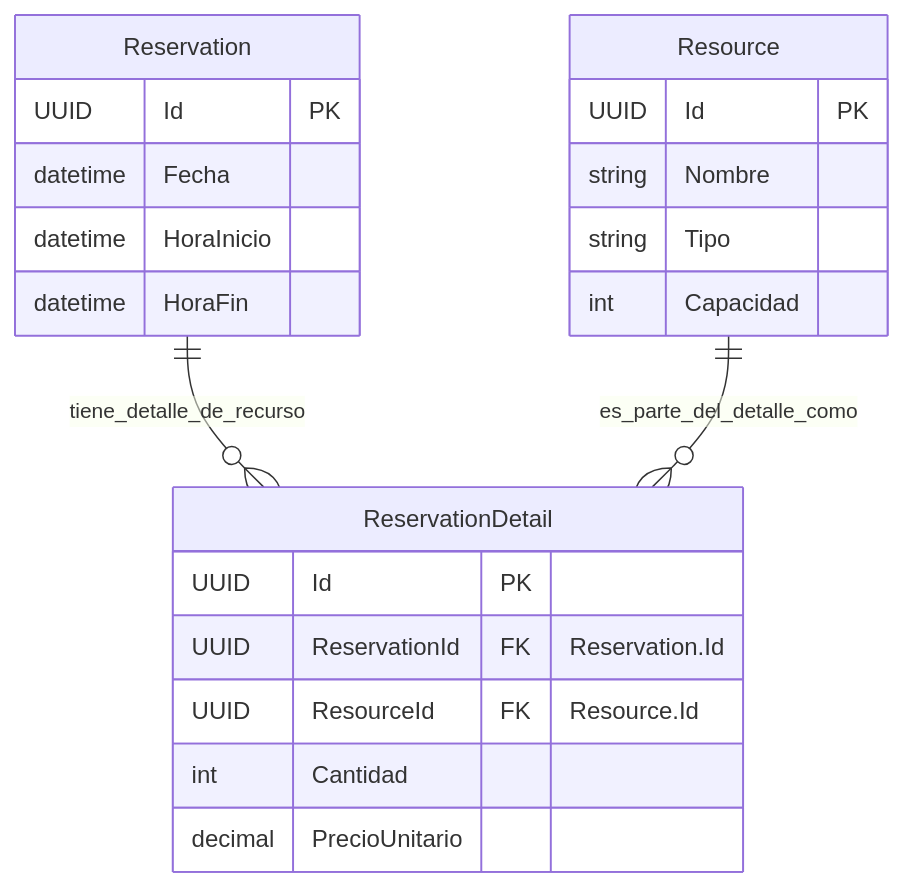
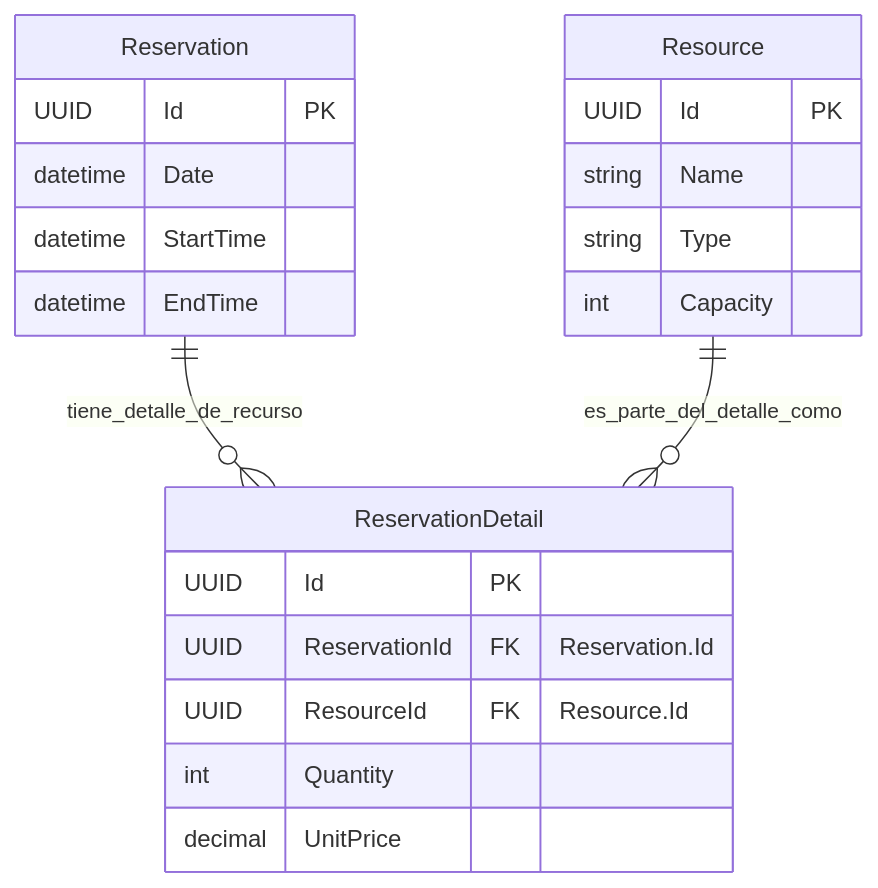
One commit to jose-angell/EventResourceReservationAppDocs changed the diagram in docs/backend/models-domain/reservationDetail.md. Above: the diagram before and after it, drawn with Mermaid. The commit also changed other lines of this file and 7 other files, not shown here.

````diff
--- a/docs/backend/models-domain/reservationDetail.md
+++ b/docs/backend/models-domain/reservationDetail.md
@@ -33,27 +33,27 @@
 ``` mermaid
 erDiagram
     Reservation {
         UUID Id PK
-        datetime Fecha
-        datetime HoraInicio
-        datetime HoraFin
+        datetime Date
+        datetime StartTime
+        datetime EndTime
     }
     
     Resource {
         UUID Id PK
-        string Nombre
-        string Tipo
-        int Capacidad
+        string Name
+        string Type
+        int Capacity
     }
 
     ReservationDetail {
         UUID Id PK
         UUID ReservationId FK "Reservation.Id"
         UUID ResourceId FK "Resource.Id"
-        int Cantidad
-        decimal PrecioUnitario
+        int Quantity
+        decimal UnitPrice
     }
     
     Reservation ||--o{ ReservationDetail : "tiene_detalle_de_recurso"
     Resource ||--o{ ReservationDetail : "es_parte_del_detalle_como"
 ```
````
